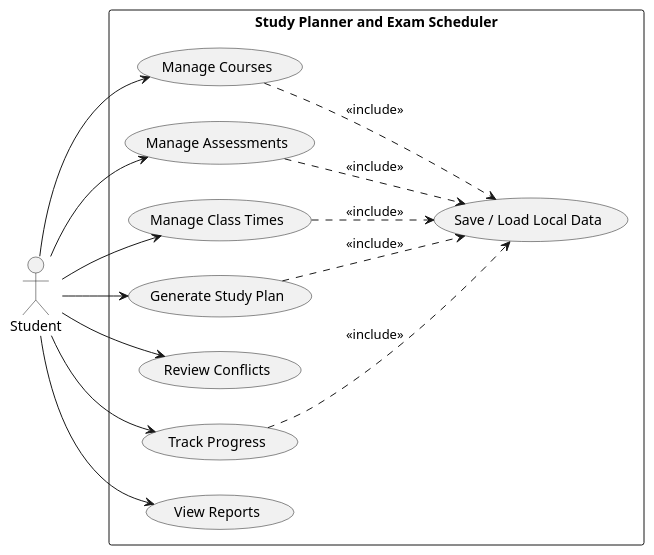
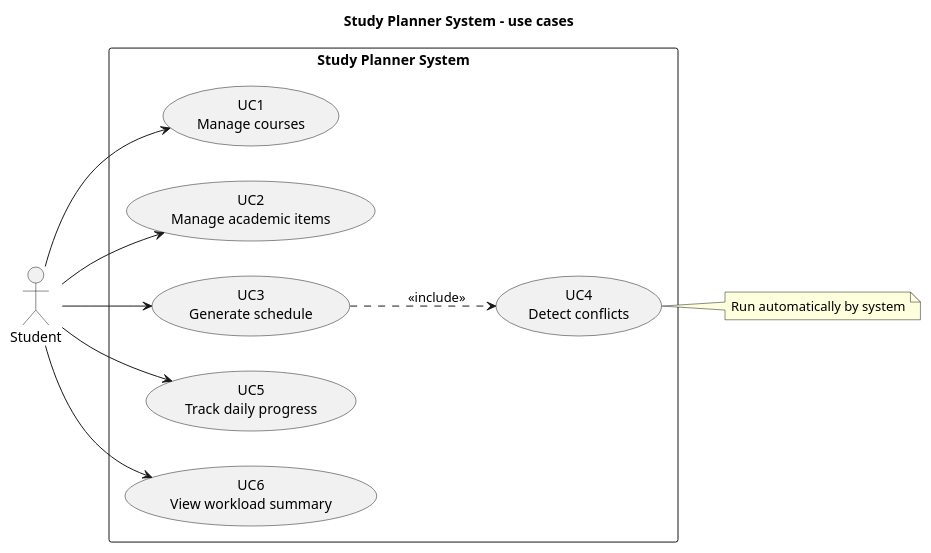
Before and after one commit to bilal-feroz/SAD-project: the diagram in uml/use_case_diagram.puml, drawn with PlantUML. The commit also changed 44 other files, not shown here.

First line of the commit message:
Rebuild the program to the final analysis document

```diff
--- a/uml/use_case_diagram.puml
+++ b/uml/use_case_diagram.puml
@@ -1,26 +1,21 @@
 @startuml
+' Use case model of the final analysis document (section 5.1).
+title Study Planner System - use cases
 left to right direction
 actor Student
-rectangle "Study Planner and Exam Scheduler" {
- usecase "Manage Courses" as A
- usecase "Manage Assessments" as B
- usecase "Manage Class Times" as F
- usecase "Generate Study Plan" as C
- usecase "Review Conflicts" as D
- usecase "Track Progress" as E
- usecase "View Reports" as G
- usecase "Save / Load Local Data" as H
+rectangle "Study Planner System" {
+  usecase "UC1\nManage courses" as UC1
+  usecase "UC2\nManage academic items" as UC2
+  usecase "UC3\nGenerate schedule" as UC3
+  usecase "UC4\nDetect conflicts" as UC4
+  usecase "UC5\nTrack daily progress" as UC5
+  usecase "UC6\nView workload summary" as UC6
 }
-Student --> A
-Student --> B
-Student --> F
-Student --> C
-Student --> D
-Student --> E
-Student --> G
-A ..> H : <<include>>
-B ..> H : <<include>>
-F ..> H : <<include>>
-C ..> H : <<include>>
-E ..> H : <<include>>
+Student --> UC1
+Student --> UC2
+Student --> UC3
+Student --> UC5
+Student --> UC6
+UC3 ..> UC4 : <<include>>
+note right of UC4 : Run automatically by system
 @enduml
```
